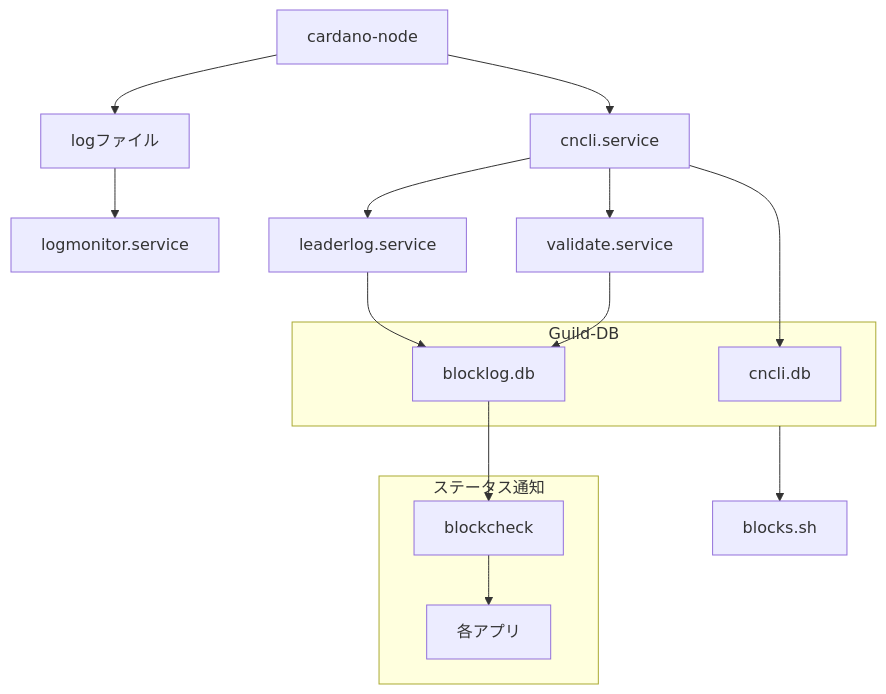
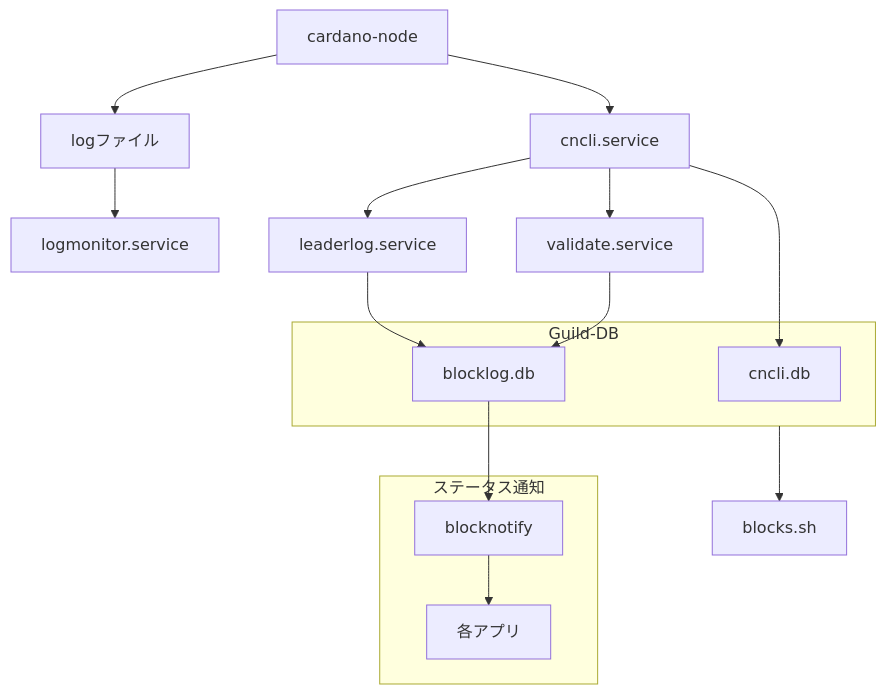
The diagram in docs/setup/10-blocklog-setup.md (btbf/spojapanguild), drawn with Mermaid before and after one commit. The commit also changed other lines of this file and 5 other files, not shown here.

````diff
--- a/docs/setup/10-blocklog-setup.md
+++ b/docs/setup/10-blocklog-setup.md
@@ -22,25 +22,25 @@
     ``` mermaid
         flowchart TB
             a1[cardano-node] --> a2[logファイル]
             a3 --> a5[leaderlog.service]
             a3 --> a6[validate.service]
             a1[cardano-node] --> a3[cncli.service]
             a2 --> a4[logmonitor.service]
             a3[cncli.service]
             a4[logmonitor.service]
             a5[leaderlog.service]
             a6[validate.service]
             subgraph Guild-DB
                 a7[cncli.db]
                 a8[blocklog.db]
             end
             subgraph ステータス通知
-                a9[blockcheck] --> 各アプリ
+                a9[blocknotify] --> 各アプリ
             end
             Guild-DB --> blocks.sh
-            a8[blocklog.db] --> a9[blockcheck]
+            a8[blocklog.db] --> a9[blocknotify]
             a3[cncli.service] --> a7[cncli.db]
             a5[leaderlog.service] --> a8[blocklog.db]
             a6[validate.service] --> a8[blocklog.db]
             
     ```
````
